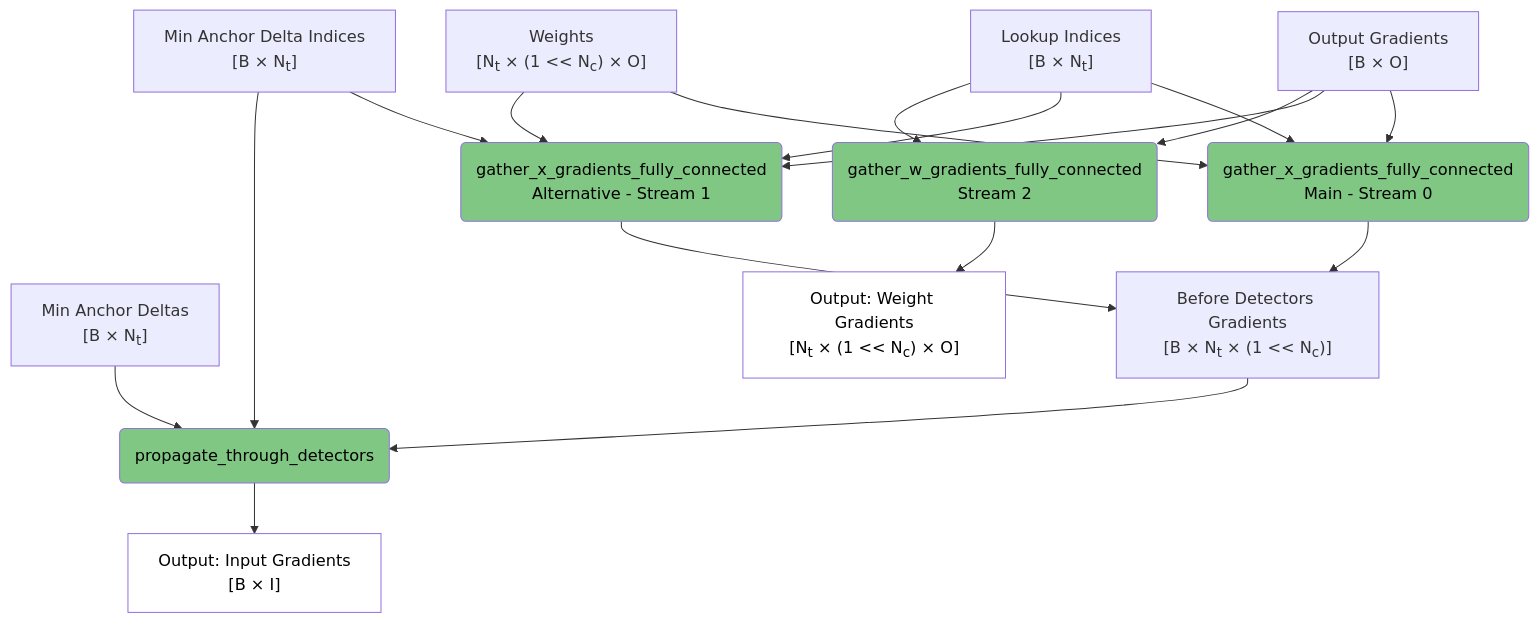
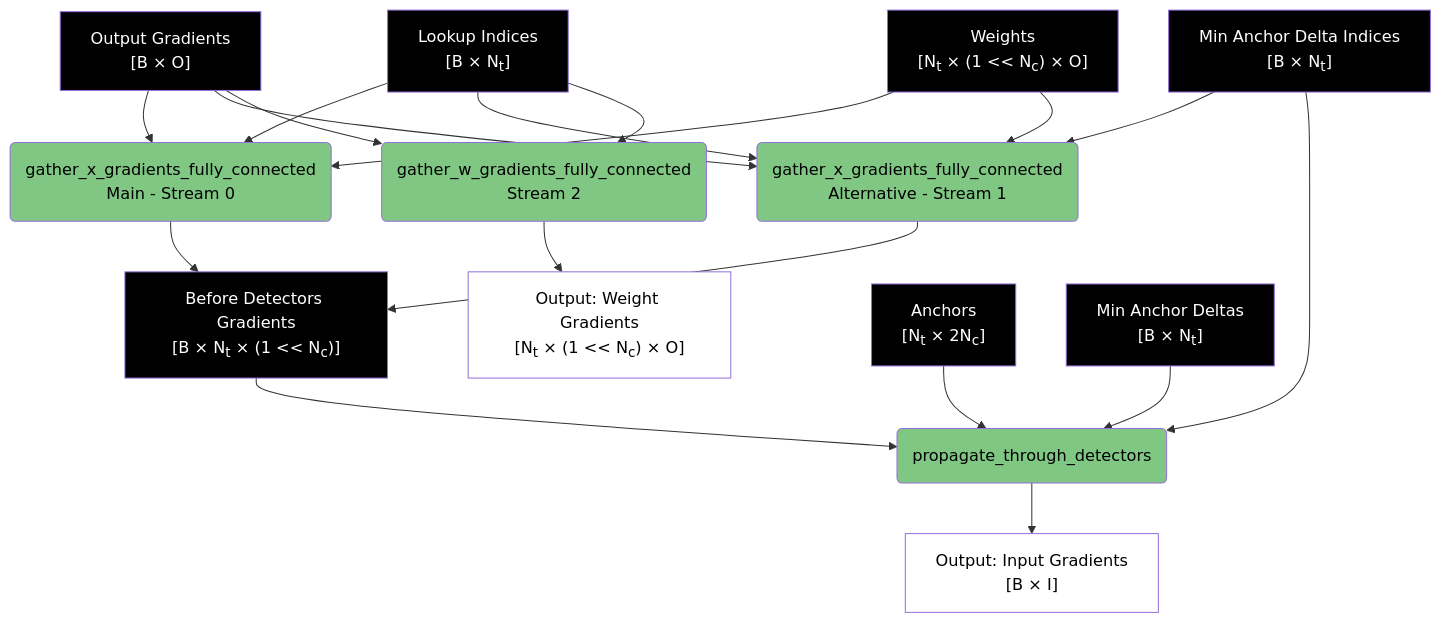
The third of 6 diagrams in spiky_cuda/lut/doc/LUT_RUNTIME_DATA_FLOW.md (anatoli-starostin/spiky), drawn with Mermaid before and after one commit. The commit also changed other lines of this file, not shown here.

````diff
--- a/spiky_cuda/lut/doc/LUT_RUNTIME_DATA_FLOW.md
+++ b/spiky_cuda/lut/doc/LUT_RUNTIME_DATA_FLOW.md
@@ -66,30 +78,39 @@
 ```mermaid
 flowchart TD
     A["Output Gradients<br/>[B × O]"] --> B("gather_x_gradients_fully_connected<br/>Main - Stream 0")
     A --> C("gather_x_gradients_fully_connected<br/>Alternative - Stream 1")
     A --> D("gather_w_gradients_fully_connected<br/>Stream 2")
     
     W3["Weights<br/>[N<sub>t</sub> × (1 << N<sub>c</sub>) × O]"] --> B
     W3 --> C
     
     L1["Lookup Indices<br/>[B × N<sub>t</sub>]"] --> B
     L1 --> C
     L1 --> D
-    M1["Min Anchor Deltas<br/>[B × N<sub>t</sub>]"] --> G
+    
     M2["Min Anchor Delta Indices<br/>[B × N<sub>t</sub>]"] --> C
-    M2 --> G
     
     B --> E["Before Detectors Gradients<br/>[B × N<sub>t</sub> × (1 << N<sub>c</sub>)]"]
     C --> E
     D --> F["Output: Weight Gradients<br/>[N<sub>t</sub>&nbsp;×&nbsp;(1&nbsp;<<&nbsp;N<sub>c</sub>)&nbsp;×&nbsp;O]"]
     
-    E --> G(propagate_through_detectors)
+    D3["Anchors<br/>[N<sub>t</sub> × 2N<sub>c</sub>]"] --> G(propagate_through_detectors)
+    M1["Min Anchor Deltas<br/>[B × N<sub>t</sub>]"] --> G
+    M2 --> G
+    E --> G
     G --> H["Output: Input Gradients<br/>[B × I]"]
     
     style B fill:#81c784,color:#000000
     style C fill:#81c784,color:#000000
     style D fill:#81c784,color:#000000
     style G fill:#81c784,color:#000000
     style F fill:#ffffff,color:#000000
     style H fill:#ffffff,color:#000000
+    style A fill:#000000,color:#ffffff
+    style W3 fill:#000000,color:#ffffff
+    style L1 fill:#000000,color:#ffffff
+    style M1 fill:#000000,color:#ffffff
+    style M2 fill:#000000,color:#ffffff
+    style D3 fill:#000000,color:#ffffff
+    style E fill:#000000,color:#ffffff
 ```
````
